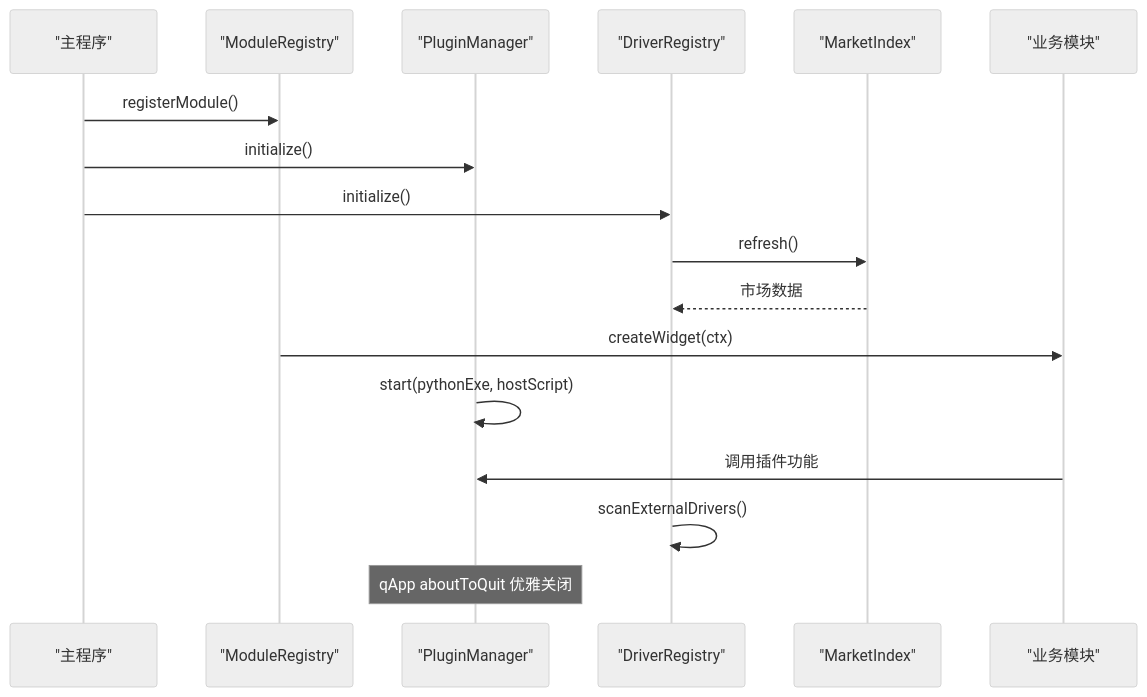
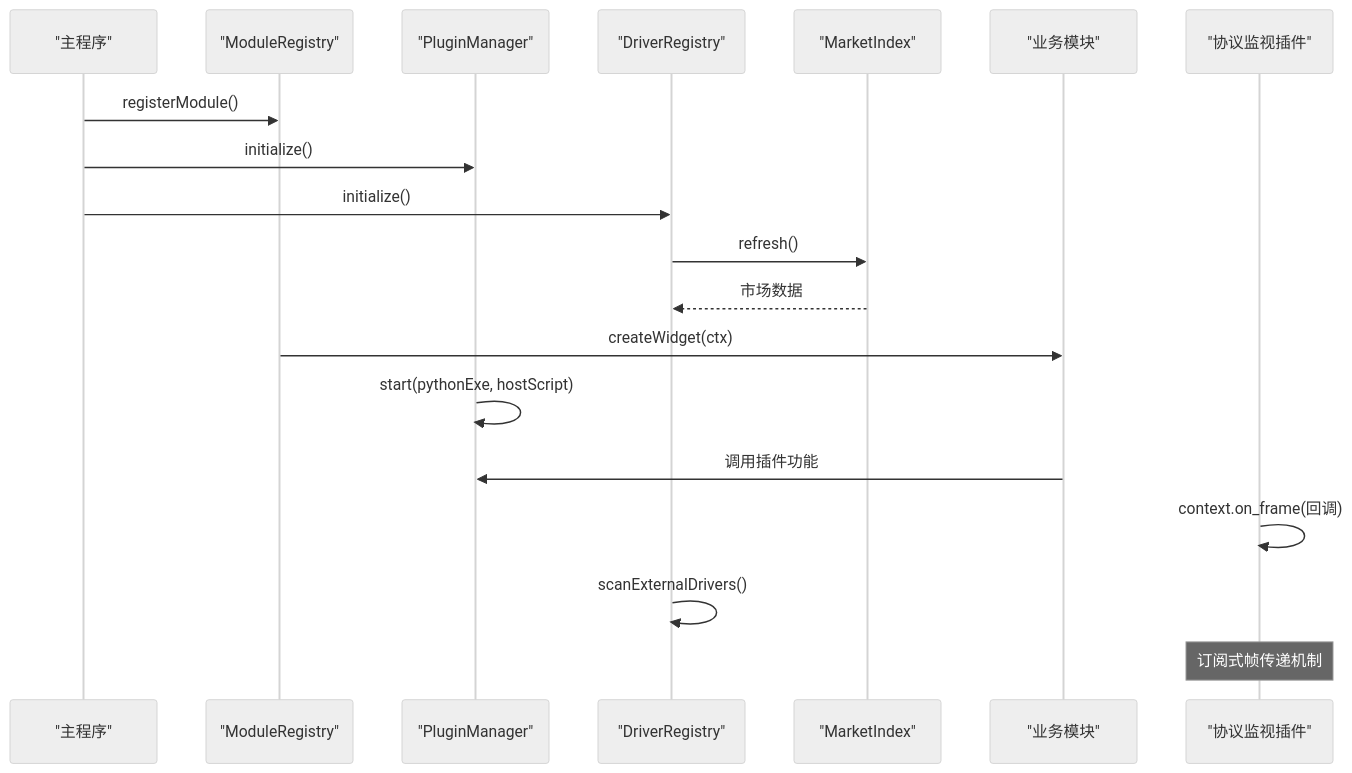
Before and after one commit to jakecai1225-design/OpenBus: the second of 3 diagrams in .qoder/repowiki/zh/content/架构设计/插件系统架构/插件系统架构.md, drawn with Mermaid (neutral theme). The commit also changed other lines of this file and 80 other files, not shown here.

Commit message:
graphic 优化

````diff
--- a/.qoder/repowiki/zh/content/架构设计/插件系统架构/插件系统架构.md
+++ b/.qoder/repowiki/zh/content/架构设计/插件系统架构/插件系统架构.md
@@ -144,19 +174,21 @@
 ```mermaid
 sequenceDiagram
 participant App as "主程序"
 participant MR as "ModuleRegistry"
 participant PM as "PluginManager"
 participant DR as "DriverRegistry"
 participant MI as "MarketIndex"
 participant BM as "业务模块"
+participant PMS as "协议监视插件"
 App->>MR : registerModule()
 App->>PM : initialize()
 App->>DR : initialize()
 DR->>MI : refresh()
 MI-->>DR : 市场数据
 MR->>BM : createWidget(ctx)
 PM->>PM : start(pythonExe, hostScript)
 BM->>PM : 调用插件功能
+PMS->>PMS : context.on_frame(回调)
 DR->>DR : scanExternalDrivers()
-Note over PM : qApp aboutToQuit 优雅关闭
+Note over PMS : 订阅式帧传递机制
 ```
````
